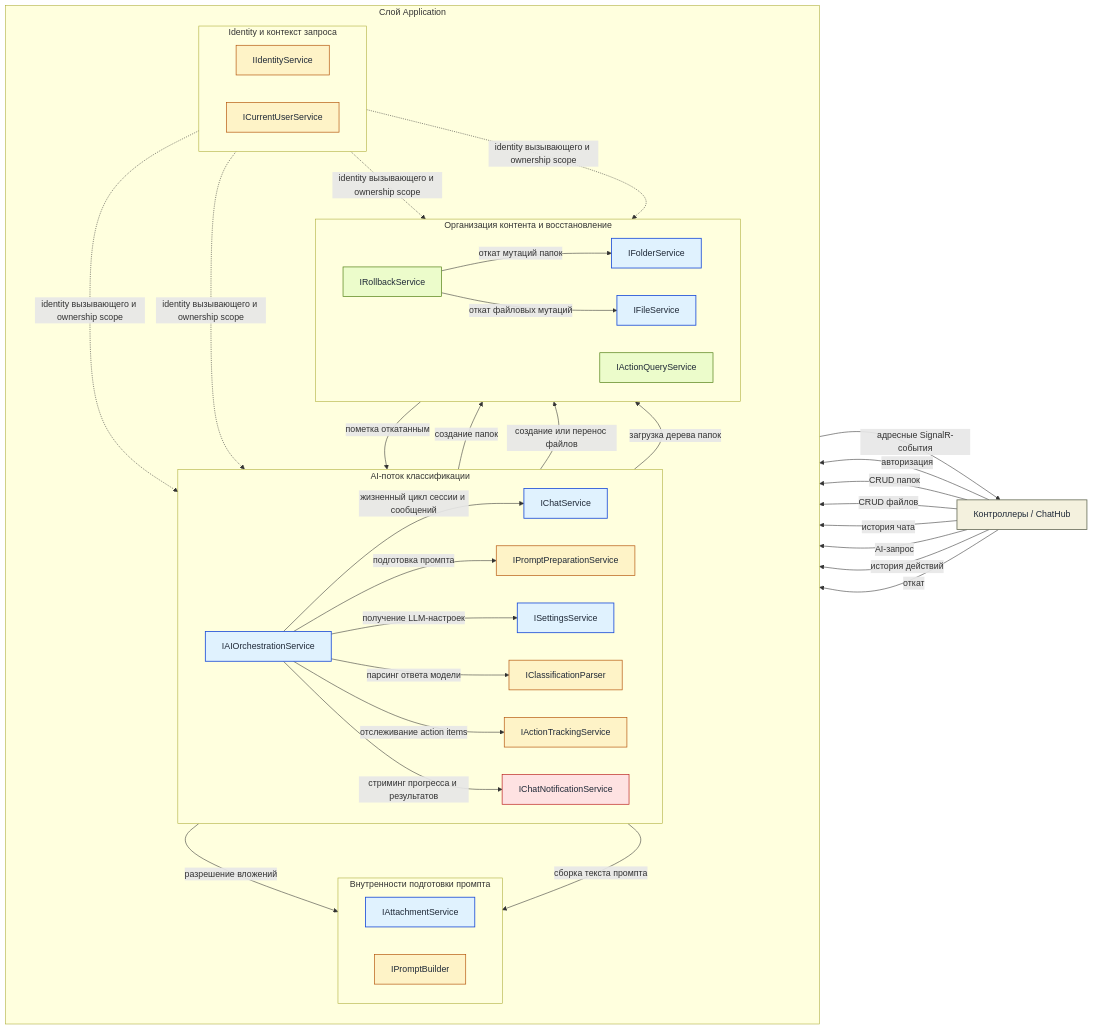
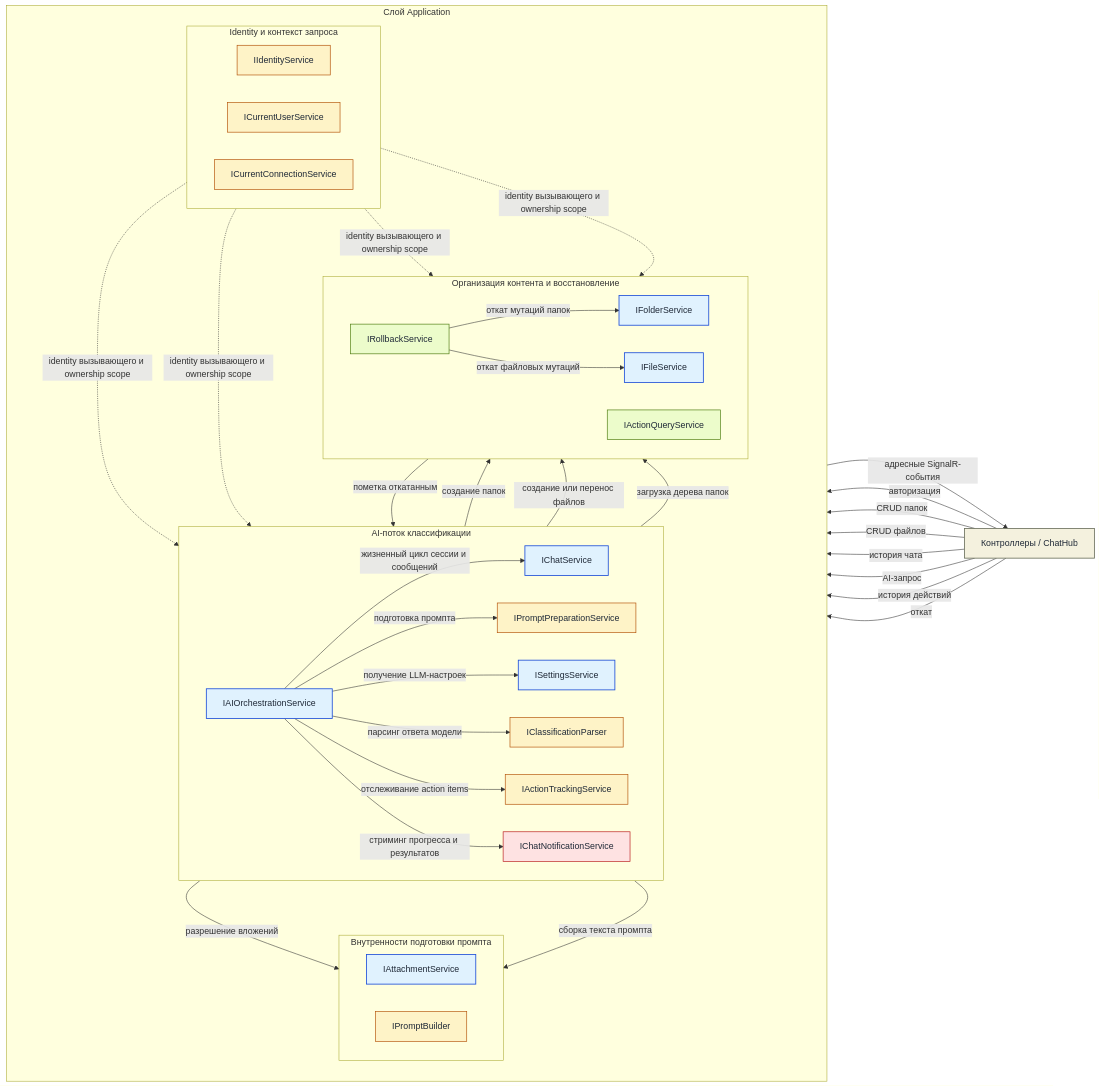
One commit to BarminGeorge/ShuKnow changed the first of 2 diagrams in docs/SERVICES_ARCHITECTURE.md. Above: the diagram before and after it, drawn with Mermaid. The commit also changed other lines of this file and 1 other file, not shown here.

Commit message:
docs(backend): update services architecture according to changes

````diff
--- a/docs/SERVICES_ARCHITECTURE.md
+++ b/docs/SERVICES_ARCHITECTURE.md
@@ -500,77 +535,78 @@
 ```mermaid
 flowchart LR
     classDef entry fill:#F4F1DE,stroke:#6B705C,color:#1F2937,stroke-width:1.5px;
     classDef core fill:#E0F2FE,stroke:#1D4ED8,color:#1F2937,stroke-width:1.5px;
     classDef support fill:#FEF3C7,stroke:#B45309,color:#1F2937,stroke-width:1.2px;
     classDef recovery fill:#ECFCCB,stroke:#4D7C0F,color:#1F2937,stroke-width:1.2px;
     classDef transport fill:#FEE2E2,stroke:#B91C1C,color:#1F2937,stroke-width:1.2px;
 
     Client["Контроллеры / ChatHub"]:::entry
 
     subgraph App["Слой Application"]
         direction TB
 
         subgraph Workflow["AI-поток классификации"]
             direction LR
             ChatService["IChatService"]:::core
             SettingsService["ISettingsService"]:::core
             AIOrchestration["IAIOrchestrationService"]:::core
             PromptPrep["IPromptPreparationService"]:::support
             ClassificationParser["IClassificationParser"]:::support
             ActionTracking["IActionTrackingService"]:::support
             ChatNotification["IChatNotificationService"]:::transport
         end
 
         subgraph PromptInternals["Внутренности подготовки промпта"]
             direction LR
             AttachmentService["IAttachmentService"]:::core
             PromptBuilder["IPromptBuilder"]:::support
         end
 
         subgraph Content["Организация контента и восстановление"]
             direction LR
             FolderService["IFolderService"]:::core
             FileService["IFileService"]:::core
             ActionQueryService["IActionQueryService"]:::recovery
             RollbackService["IRollbackService"]:::recovery
         end
 
         subgraph Identity["Identity и контекст запроса"]
             direction LR
             IdentityService["IIdentityService"]:::support
             CurrentUser["ICurrentUserService"]:::support
+            CurrentConnection["ICurrentConnectionService"]:::support
         end
     end
 
     Client -->|авторизация| IdentityService
     Client -->|CRUD папок| FolderService
     Client -->|CRUD файлов| FileService
     Client -->|история чата| ChatService
     Client -->|AI-запрос| AIOrchestration
     Client -->|история действий| ActionQueryService
     Client -->|откат| RollbackService
 
     AIOrchestration -->|жизненный цикл сессии и сообщений| ChatService
     AIOrchestration -->|подготовка промпта| PromptPrep
     AIOrchestration -->|получение LLM-настроек| SettingsService
     AIOrchestration -->|парсинг ответа модели| ClassificationParser
     AIOrchestration -->|отслеживание action items| ActionTracking
     AIOrchestration -->|создание папок| FolderService
     AIOrchestration -->|создание или перенос файлов| FileService
     AIOrchestration -->|стриминг прогресса и результатов| ChatNotification
 
     PromptPrep -->|загрузка дерева папок| FolderService
     PromptPrep -->|разрешение вложений| AttachmentService
     PromptPrep -->|сборка текста промпта| PromptBuilder
 
     RollbackService -->|откат файловых мутаций| FileService
     RollbackService -->|откат мутаций папок| FolderService
     RollbackService -->|пометка откатанным| ActionTracking
 
     CurrentUser -. identity вызывающего и ownership scope .-> AIOrchestration
     CurrentUser -. identity вызывающего и ownership scope .-> FolderService
     CurrentUser -. identity вызывающего и ownership scope .-> FileService
     CurrentUser -. identity вызывающего и ownership scope .-> ChatService
 
     ChatNotification -->|адресные SignalR-события| Client
 ```
````
